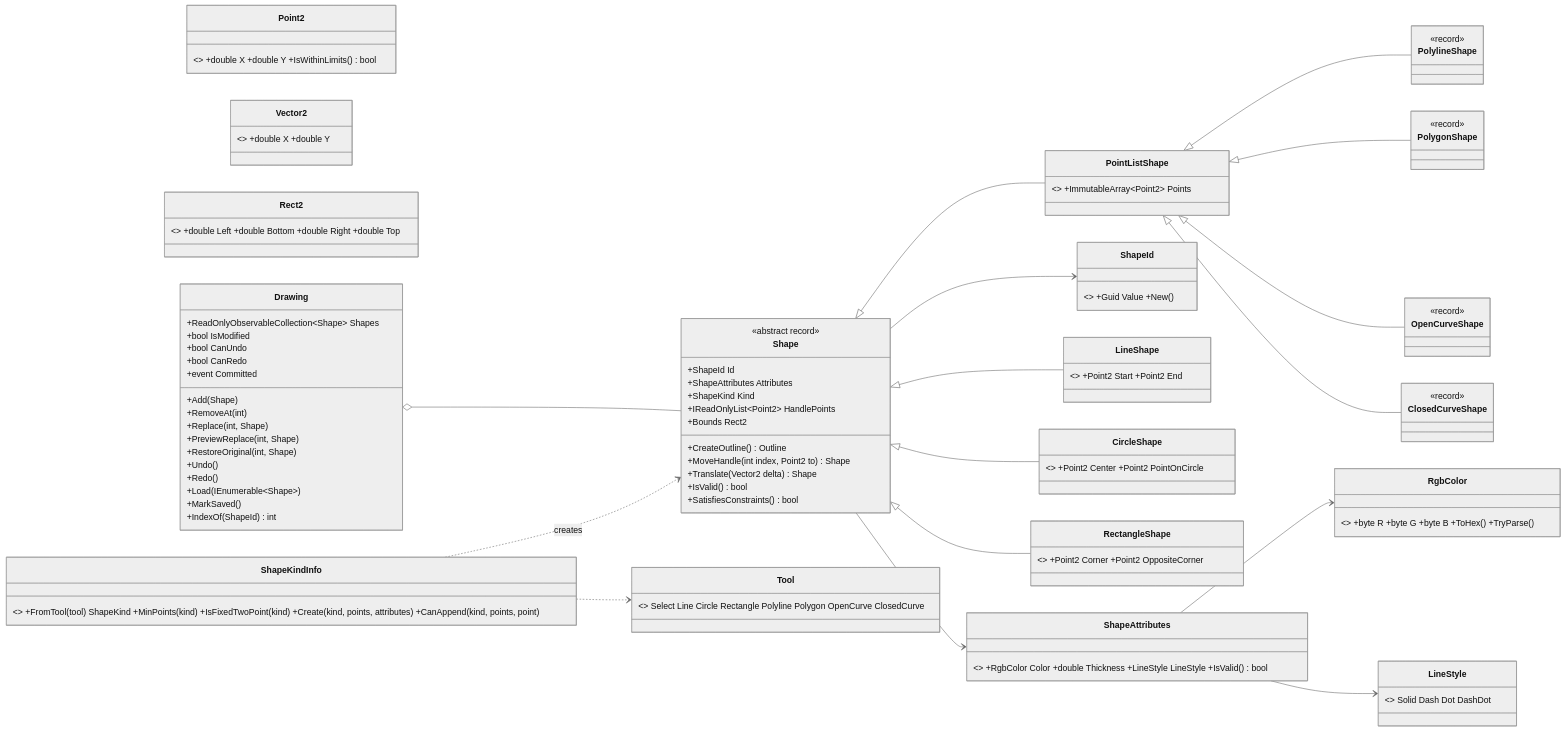
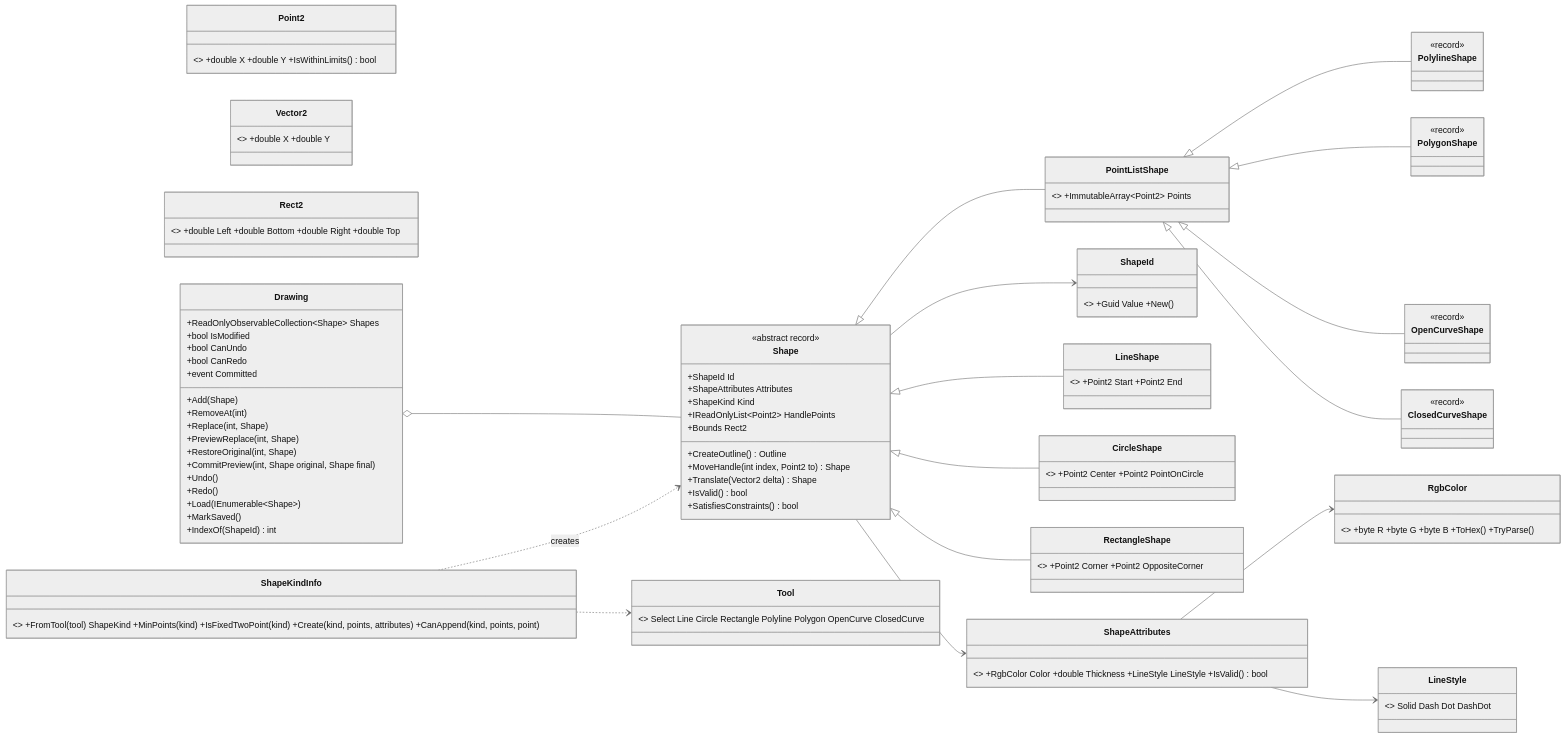
Before and after one commit to Fujiwo/Shos.WpfCadSample: the second of 11 diagrams in Documents/20261105-cad-architecture.md, drawn with Mermaid (neutral theme). The commit also changed other lines of this file and 17 other files, not shown here.

First line of the commit message:
レビューの指摘 3、6、8 を修正：選択中の図形を EditorController.SelectedShape に、プレビューの確定を Drawing.CommitPreview にまとめ、設計書 5.4 を実装に合わせる

````diff
--- a/Documents/20261105-cad-architecture.md
+++ b/Documents/20261105-cad-architecture.md
@@ -142,66 +142,67 @@
 ```mermaid
 classDiagram
     direction LR
     class Point2 { <<readonly record struct>> +double X +double Y +IsWithinLimits() bool }
     class Vector2 { <<readonly record struct>> +double X +double Y }
     class Rect2 { <<readonly record struct>> +double Left +double Bottom +double Right +double Top }
     class RgbColor { <<readonly record struct>> +byte R +byte G +byte B +ToHex() +TryParse() }
     class LineStyle { <<enum>> Solid Dash Dot DashDot }
     class ShapeAttributes { <<record>> +RgbColor Color +double Thickness +LineStyle LineStyle +IsValid() bool }
     class ShapeId { <<readonly record struct>> +Guid Value +New() }
     class Shape {
         <<abstract record>>
         +ShapeId Id
         +ShapeAttributes Attributes
         +ShapeKind Kind
         +IReadOnlyList~Point2~ HandlePoints
         +CreateOutline() Outline
         +MoveHandle(int index, Point2 to) Shape
         +Translate(Vector2 delta) Shape
         +IsValid() bool
         +SatisfiesConstraints() bool
         +Bounds Rect2
     }
     class LineShape { <<record>> +Point2 Start +Point2 End }
     class CircleShape { <<record>> +Point2 Center +Point2 PointOnCircle }
     class RectangleShape { <<record>> +Point2 Corner +Point2 OppositeCorner }
     class PointListShape { <<abstract record>> +ImmutableArray~Point2~ Points }
     class PolylineShape { <<record>> }
     class PolygonShape { <<record>> }
     class OpenCurveShape { <<record>> }
     class ClosedCurveShape { <<record>> }
     class Drawing {
         +ReadOnlyObservableCollection~Shape~ Shapes
         +bool IsModified
         +bool CanUndo
         +bool CanRedo
         +event Committed
         +Add(Shape)
         +RemoveAt(int)
         +Replace(int, Shape)
         +PreviewReplace(int, Shape)
         +RestoreOriginal(int, Shape)
+        +CommitPreview(int, Shape original, Shape final)
         +Undo()
         +Redo()
         +Load(IEnumerable~Shape~)
         +MarkSaved()
         +IndexOf(ShapeId) int
     }
     class Tool { <<enum>> Select Line Circle Rectangle Polyline Polygon OpenCurve ClosedCurve }
     class ShapeKindInfo { <<static>> +FromTool(tool) ShapeKind +MinPoints(kind) +IsFixedTwoPoint(kind) +Create(kind, points, attributes) +CanAppend(kind, points, point) }
     Shape <|-- LineShape
     Shape <|-- CircleShape
     Shape <|-- RectangleShape
     Shape <|-- PointListShape
     PointListShape <|-- PolylineShape
     PointListShape <|-- PolygonShape
     PointListShape <|-- OpenCurveShape
     PointListShape <|-- ClosedCurveShape
     Shape --> ShapeAttributes
     Shape --> ShapeId
     ShapeAttributes --> RgbColor
     ShapeAttributes --> LineStyle
     Drawing o-- Shape
     ShapeKindInfo ..> Shape : creates
     ShapeKindInfo ..> Tool
 ```
````
